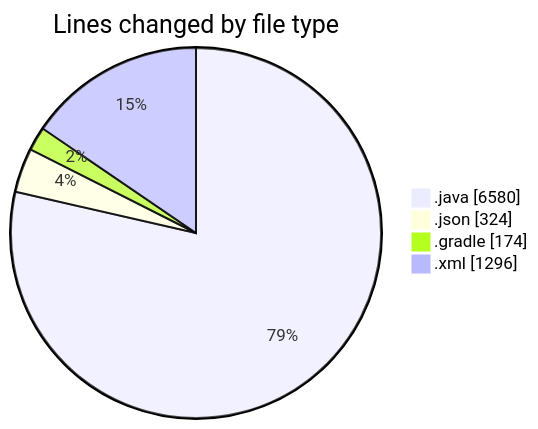
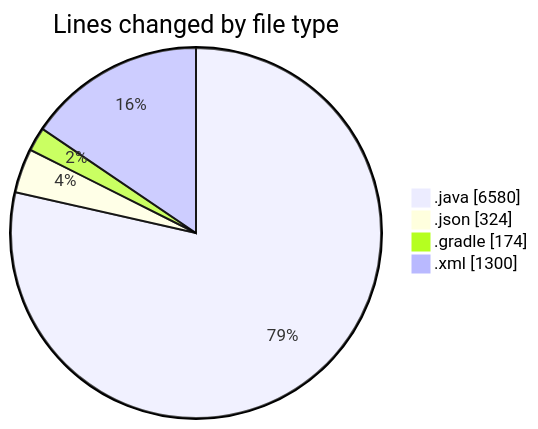
One commit to charlie-sans/code-tracking changed the first of 2 diagrams in 2025-02-22/micros/README.md. Above: the diagram before and after it, drawn with Mermaid. The commit also changed other lines of this file and 1 other file, not shown here.

````diff
--- a/2025-02-22/micros/README.md
+++ b/2025-02-22/micros/README.md
@@ -67,8 +67,8 @@
 ```mermaid
 pie showData
 title Lines changed by file type
 ".java" : 6580
 ".json" : 324
 ".gradle" : 174
-".xml" : 1296
+".xml" : 1300
 ```
````
